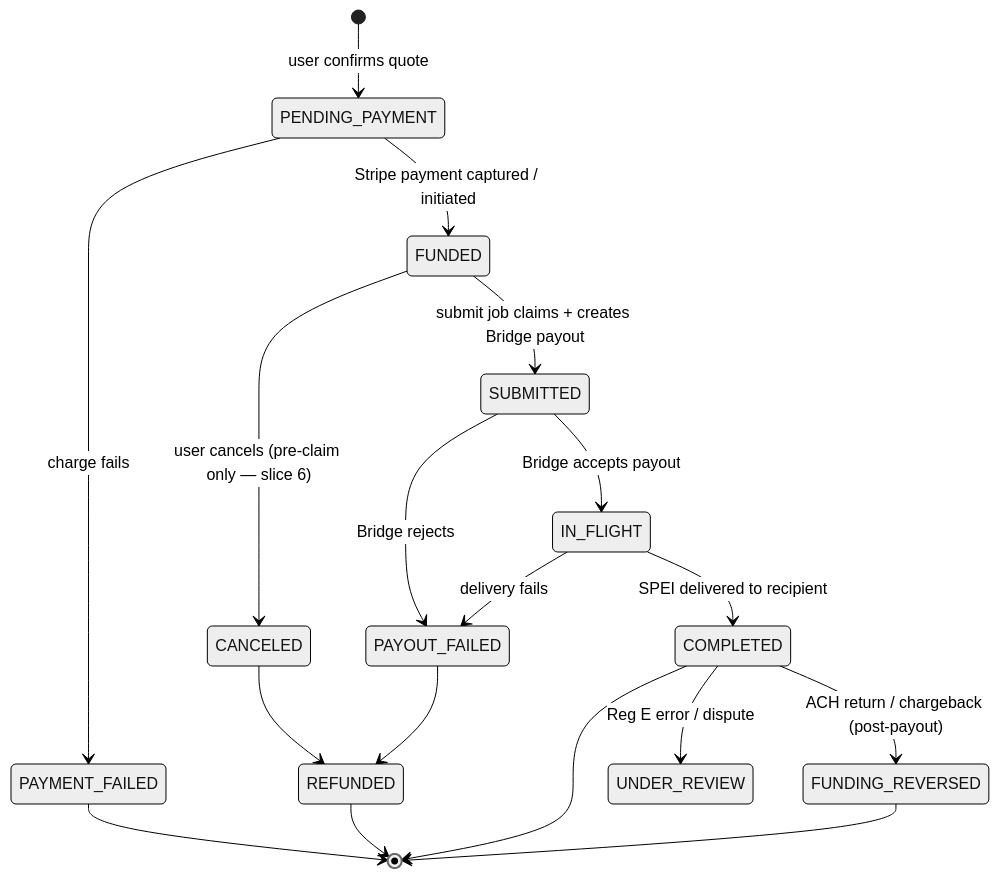
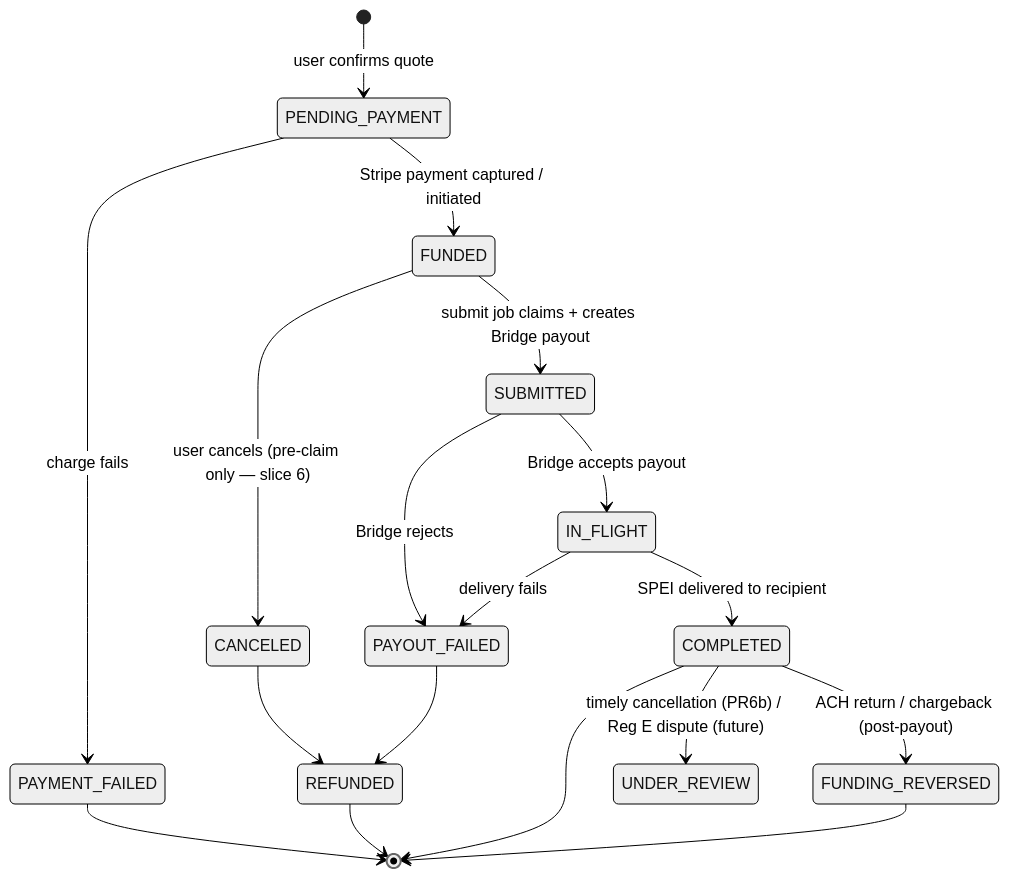
The first of 2 diagrams in docs/transfer-state-machine.md (PuenteFinancial/PuenteApp), drawn with Mermaid (neutral theme) before and after one commit. The commit also changed other lines of this file and 8 other files, not shown here.

````diff
--- a/docs/transfer-state-machine.md
+++ b/docs/transfer-state-machine.md
@@ -15,20 +15,20 @@
 ```mermaid
 stateDiagram-v2
     [*] --> PENDING_PAYMENT: user confirms quote
     PENDING_PAYMENT --> FUNDED: Stripe payment captured / initiated
     PENDING_PAYMENT --> PAYMENT_FAILED: charge fails
     FUNDED --> SUBMITTED: submit job claims + creates Bridge payout
     FUNDED --> CANCELED: user cancels (pre-claim only — slice 6)
     SUBMITTED --> IN_FLIGHT: Bridge accepts payout
     SUBMITTED --> PAYOUT_FAILED: Bridge rejects
     IN_FLIGHT --> COMPLETED: SPEI delivered to recipient
     IN_FLIGHT --> PAYOUT_FAILED: delivery fails
     CANCELED --> REFUNDED
     PAYOUT_FAILED --> REFUNDED
     COMPLETED --> FUNDING_REVERSED: ACH return / chargeback (post-payout)
-    COMPLETED --> UNDER_REVIEW: Reg E error / dispute
+    COMPLETED --> UNDER_REVIEW: timely cancellation (PR6b) / Reg E dispute (future)
     PAYMENT_FAILED --> [*]
     REFUNDED --> [*]
     COMPLETED --> [*]
     FUNDING_REVERSED --> [*]
 ```
````
